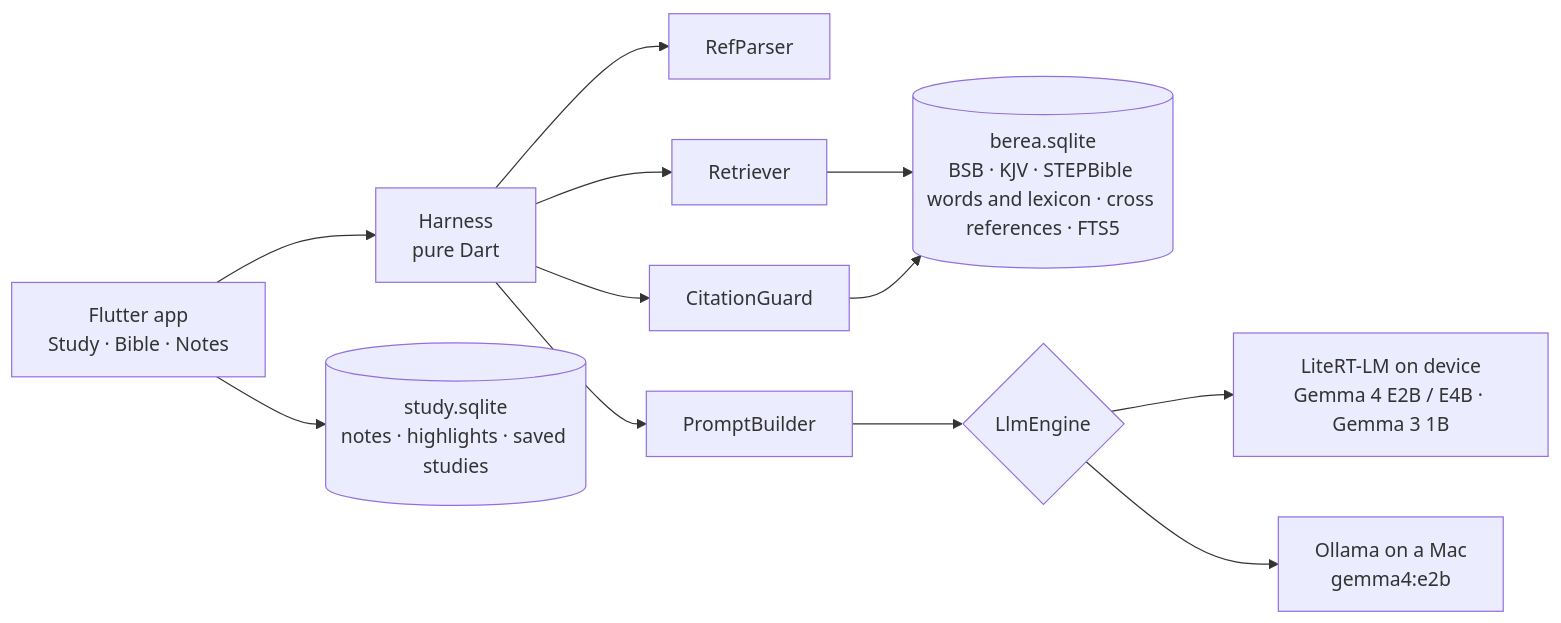
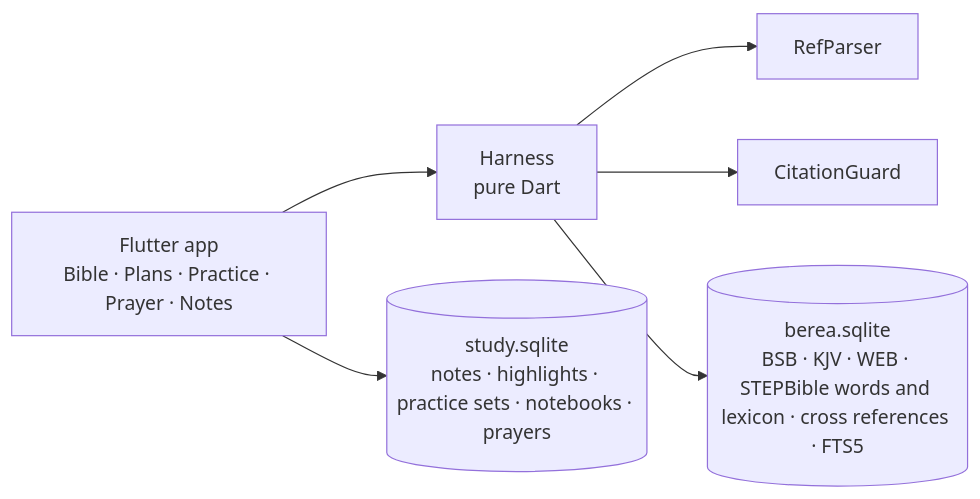
Before and after one commit to CalvinMagezi/berea: the diagram in README.md, drawn with Mermaid. The commit also changed other lines of this file, not shown here.

Commit message:
README: describe the app as it is now

````diff
--- a/README.md
+++ b/README.md
@@ -104,14 +73,8 @@
 ```mermaid
 flowchart LR
-  UI[Flutter app<br/>Study · Bible · Notes] --> H[Harness<br/>pure Dart]
+  UI[Flutter app<br/>Bible · Plans · Practice · Prayer · Notes] --> H[Harness<br/>pure Dart]
   H --> RP[RefParser]
-  H --> R[Retriever]
-  H --> PB[PromptBuilder]
-  H --> G[CitationGuard]
-  R --> DB[(berea.sqlite<br/>BSB · KJV · STEPBible words and lexicon · cross references · FTS5)]
-  G --> DB
-  PB --> E{LlmEngine}
-  E --> L[LiteRT-LM on device<br/>Gemma 4 E2B / E4B · Gemma 3 1B]
-  E --> O[Ollama on a Mac<br/>gemma4:e2b]
-  UI --> S[(study.sqlite<br/>notes · highlights · saved studies)]
+  H --> CG[CitationGuard]
+  H --> DB[(berea.sqlite<br/>BSB · KJV · WEB · STEPBible words and lexicon · cross references · FTS5)]
+  UI --> S[(study.sqlite<br/>notes · highlights · practice sets · notebooks · prayers)]
 ```
````
